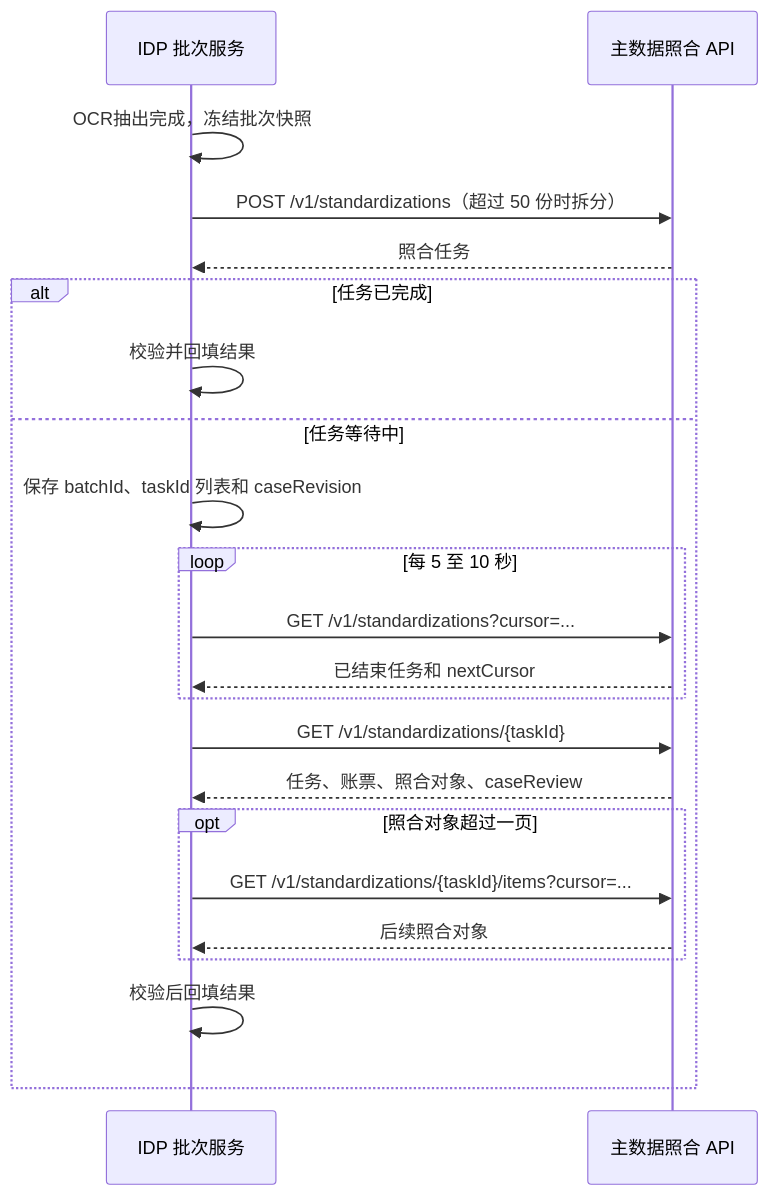
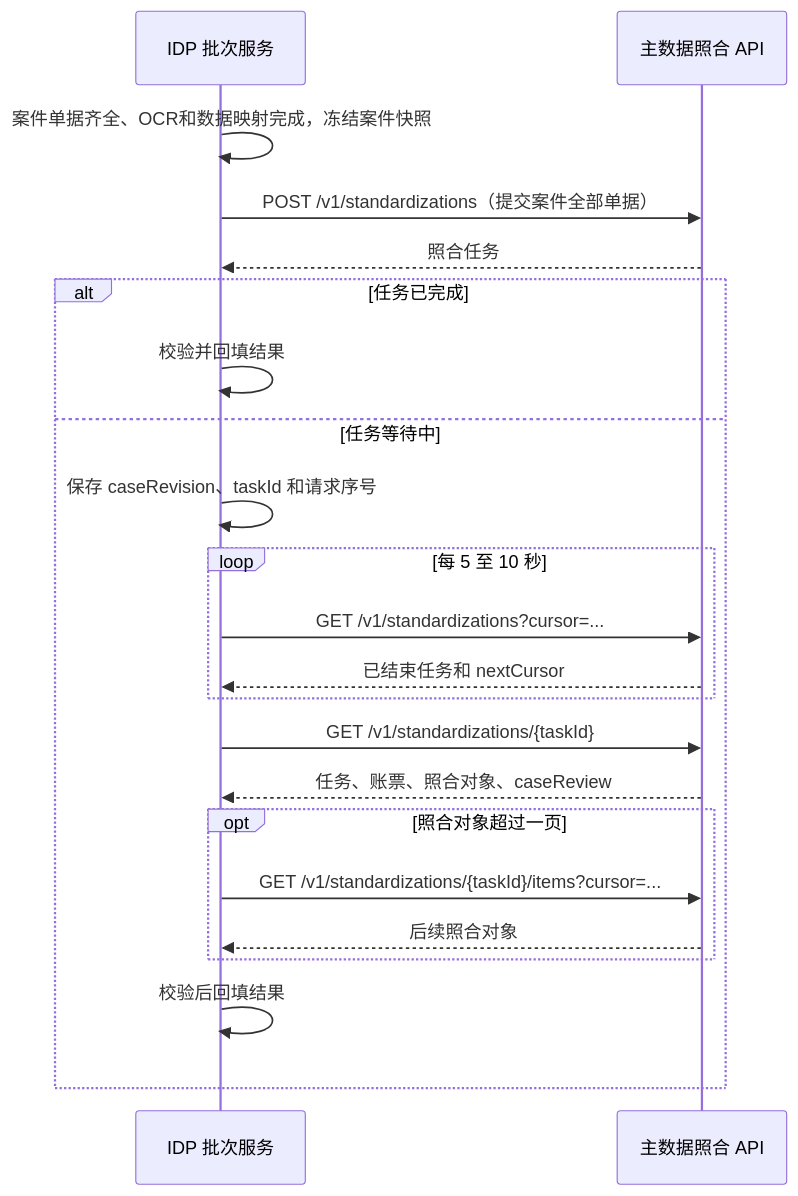
Before and after one commit to aruirage/IDP-Ph4-Master-Demo-PRD: the second of 3 diagrams in 主数据API/主数据照合API_一览.md, drawn with Mermaid. The commit also changed other lines of this file and 281 other files, not shown here.

````diff
--- a/主数据API/主数据照合API_一览.md
+++ b/主数据API/主数据照合API_一览.md
@@ -137,24 +137,24 @@
 ```mermaid
 sequenceDiagram
     participant IDP as IDP 批次服务
     participant API as 主数据照合 API
-    IDP->>IDP: OCR抽出完成，冻结批次快照
-    IDP->>API: POST /v1/standardizations（超过 50 份时拆分）
+    IDP->>IDP: 案件单据齐全、OCR和数据映射完成，冻结案件快照
+    IDP->>API: POST /v1/standardizations（提交案件全部单据）
     API-->>IDP: 照合任务
     alt 任务已完成
         IDP->>IDP: 校验并回填结果
     else 任务等待中
-        IDP->>IDP: 保存 batchId、taskId 列表和 caseRevision
+        IDP->>IDP: 保存 caseRevision、taskId 和请求序号
         loop 每 5 至 10 秒
             IDP->>API: GET /v1/standardizations?cursor=...
             API-->>IDP: 已结束任务和 nextCursor
         end
         IDP->>API: GET /v1/standardizations/{taskId}
         API-->>IDP: 任务、账票、照合对象、caseReview
         opt 照合对象超过一页
             IDP->>API: GET /v1/standardizations/{taskId}/items?cursor=...
             API-->>IDP: 后续照合对象
         end
         IDP->>IDP: 校验后回填结果
     end
 ```
````
